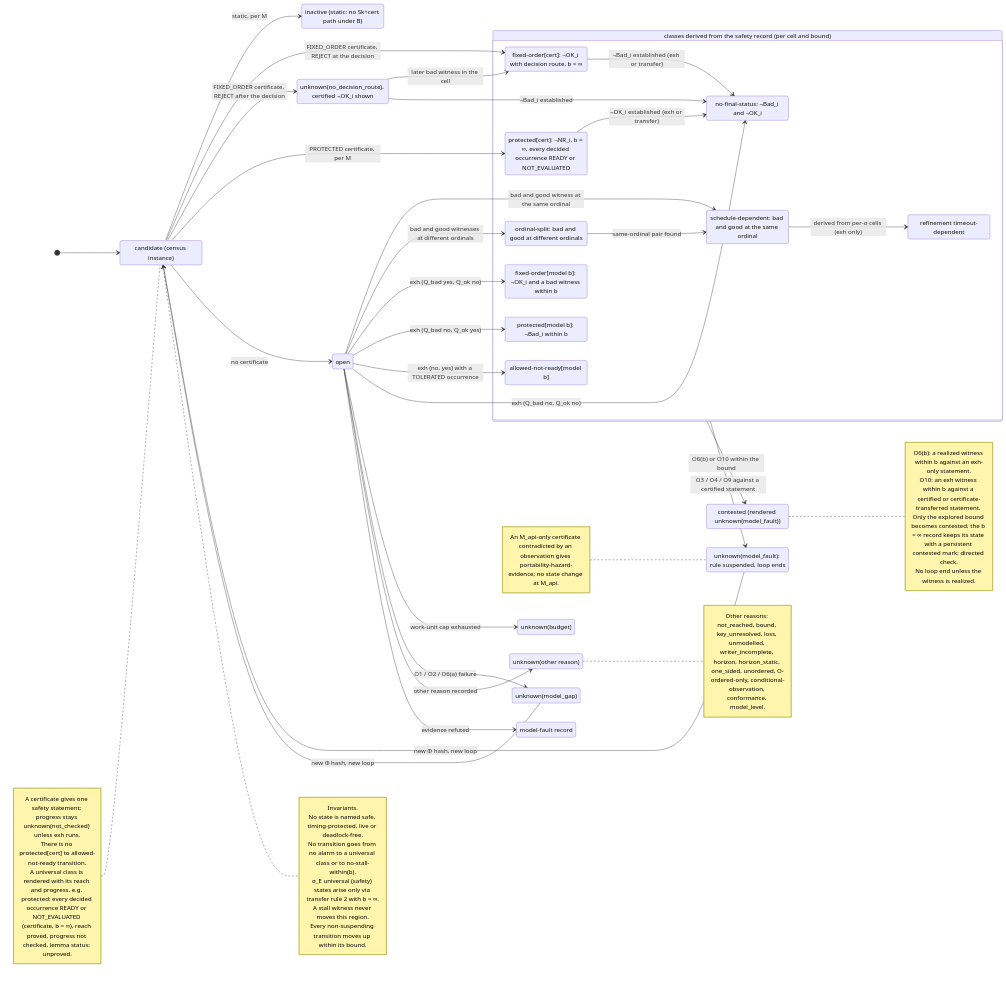
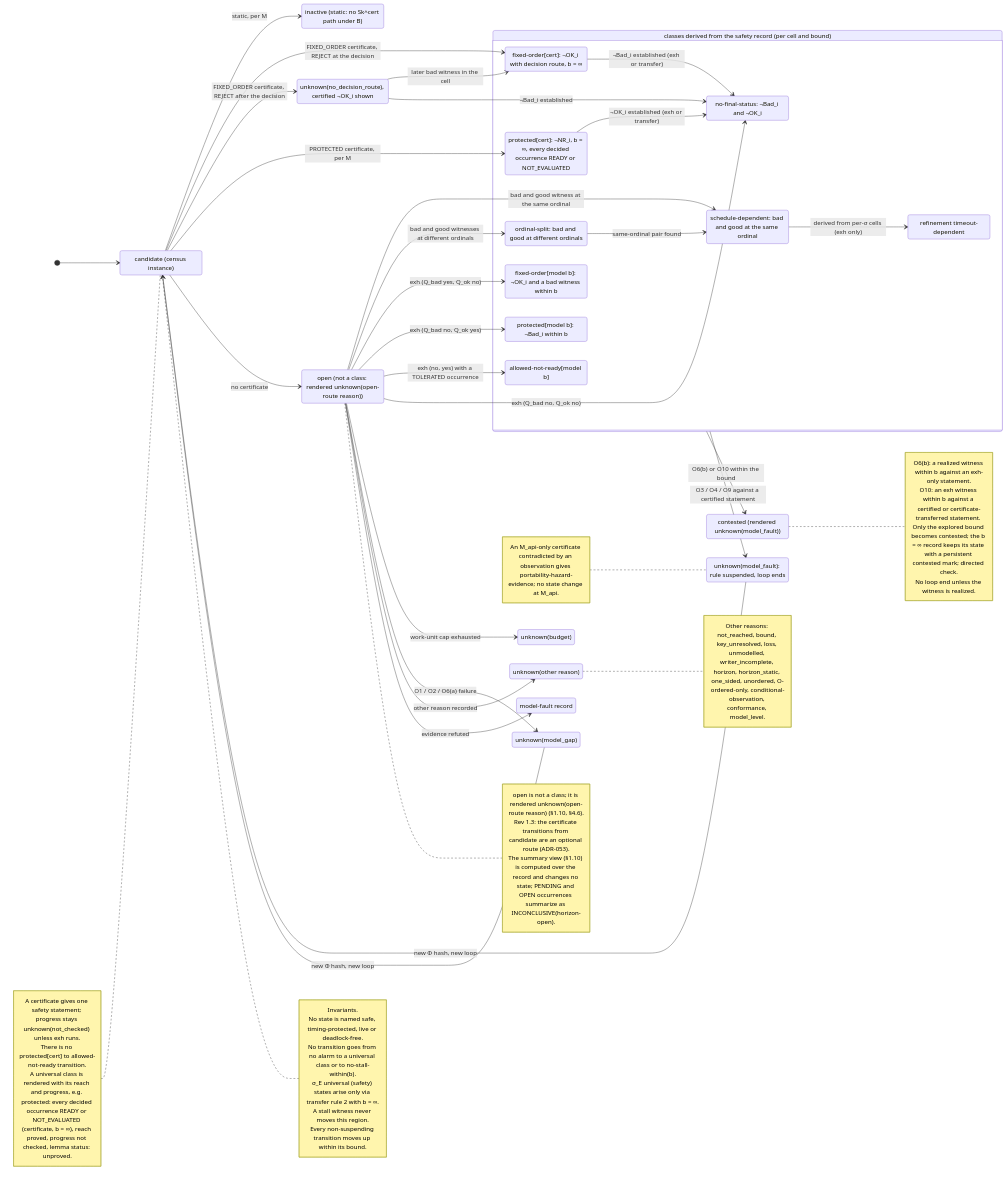
One commit to wookjaeya/Shape-Perf changed the fourth of 7 diagrams in research/cfs_procrace/Architecture/03_workflow.md. Above: the diagram before and after it, drawn with Mermaid. The commit also changed other lines of this file and 41 other files, not shown here.

First line of the commit message:
rev 1.3 diagrams: D0-D4, D6-D9 updated and re-rendered (mermaid-cli 11.17.0); diagrams README at rev 1.3; embedded figure blocks in 01-10 synced with the sources

````diff
--- a/research/cfs_procrace/Architecture/03_workflow.md
+++ b/research/cfs_procrace/Architecture/03_workflow.md
@@ -806,12 +893,12 @@
 ```mermaid
 stateDiagram-v2
     direction LR
-    %% D6 overview - class region of the verdict state machine for one (σ, M) cell and bound. Source: spec §12 D6 (rev 1.2); §1.10, §4.12, §4.14.
+    %% D6 overview - class region of the verdict state machine for one (σ, M) cell and bound. Source: spec §12 D6 (rev 1.2; unchanged in rev 1.3); §1.10, §4.12, §4.14; rev 1.3 notes from §1.10 "Summary view" and ADR-053.
     %% The class is a safety classification, a function of the safety record (¬Bad_i, ¬OK_i, ¬NR_i, witnesses with ordinals).
     %% Parallel regions (evidence, naturalness, provider, reach, scope, progress, trust ledger): D6_verdict_axes.mmd.
 
     state "candidate (census instance)" as candidate
-    state "open" as open
+    state "open (not a class: rendered unknown(open-route reason))" as open
     state "inactive (static: no Sk^cert path under B)" as inactive
     state "unknown(no_decision_route), certified ¬OK_i shown" as unkNDR
     state "unknown(budget)" as unkBudget
@@ -885,6 +972,12 @@
         An M_api-only certificate contradicted by an observation gives portability-hazard-evidence; no state change at M_api.
     end note
 
+    note right of open
+        open is not a class; it is rendered unknown(open-route reason) (§1.10, §4.6).
+        Rev 1.3: the certificate transitions from candidate are an optional route (ADR-053).
+        The summary view (§1.10) is computed over the record and changes no state; PENDING and OPEN occurrences summarize as INCONCLUSIVE(horizon-open).
+    end note
+
     note right of unkOther
         Other reasons: not_reached, bound, key_unresolved, loss, unmodelled, writer_incomplete, horizon, horizon_static, one_sided, unordered, O-ordered-only, conditional-observation, conformance, model_level.
     end note
````
